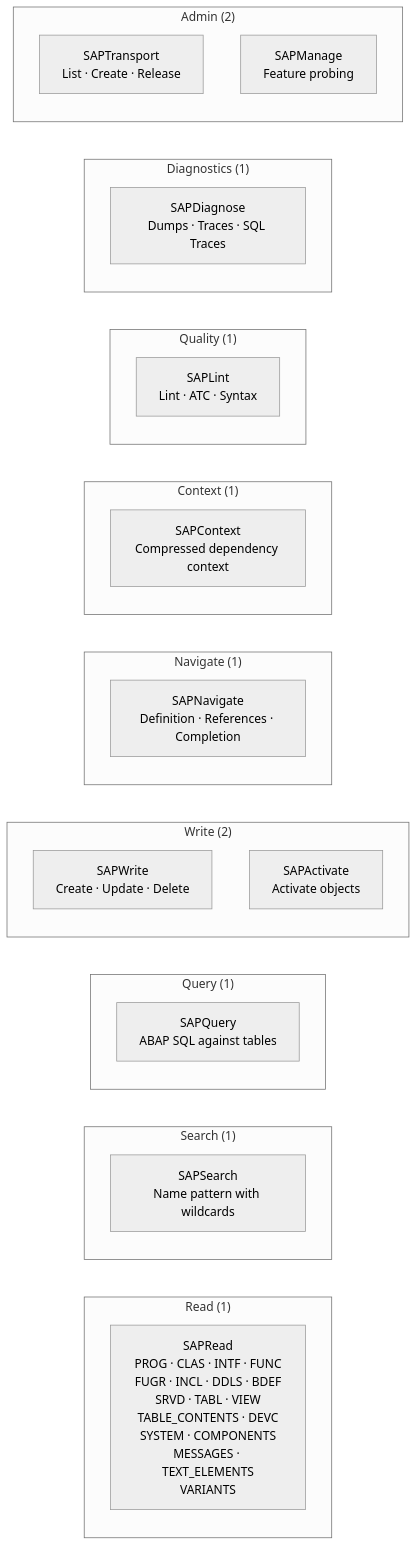
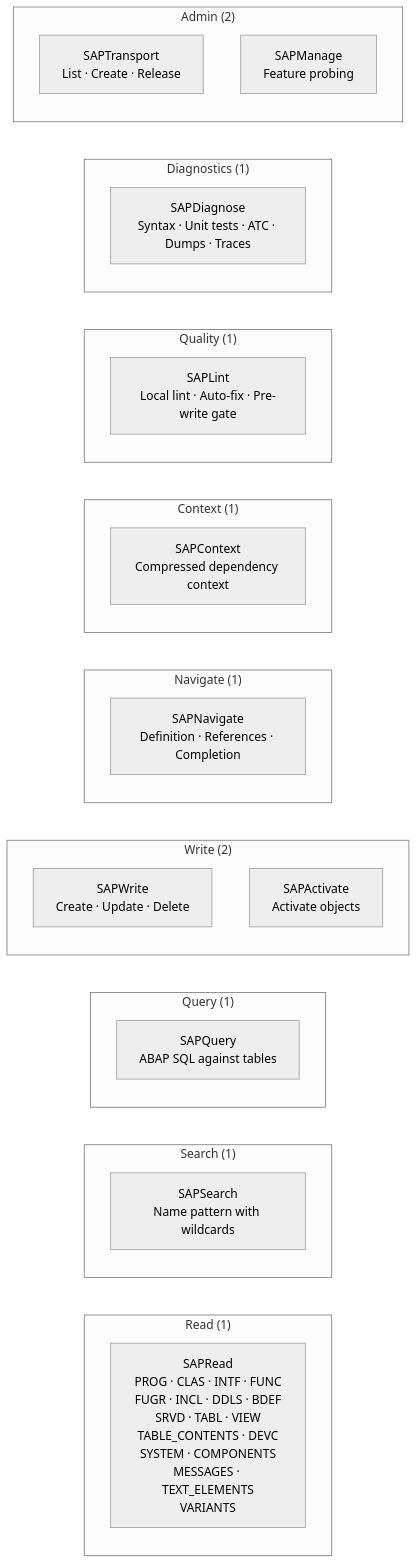
One commit to marianfoo/arc-1 changed the third of 7 diagrams in docs/architecture.md. Above: the diagram before and after it, drawn with Mermaid (neutral theme). The commit also changed 3 other files, not shown here.

````diff
--- a/docs/architecture.md
+++ b/docs/architecture.md
@@ -107,40 +107,40 @@
 ```mermaid
 flowchart LR
     subgraph ReadTools["Read (1)"]
         SR[SAPRead<br/>PROG · CLAS · INTF · FUNC<br/>FUGR · INCL · DDLS · BDEF<br/>SRVD · TABL · VIEW<br/>TABLE_CONTENTS · DEVC<br/>SYSTEM · COMPONENTS<br/>MESSAGES · TEXT_ELEMENTS<br/>VARIANTS]
     end
 
     subgraph SearchTools["Search (1)"]
         SS[SAPSearch<br/>Name pattern with wildcards]
     end
 
     subgraph QueryTools["Query (1)"]
         SQ[SAPQuery<br/>ABAP SQL against tables]
     end
 
     subgraph WriteTools["Write (2)"]
         SW[SAPWrite<br/>Create · Update · Delete]
         SA[SAPActivate<br/>Activate objects]
     end
 
     subgraph NavTools["Navigate (1)"]
         SN[SAPNavigate<br/>Definition · References · Completion]
     end
 
     subgraph ContextTools["Context (1)"]
         SC[SAPContext<br/>Compressed dependency context]
     end
 
     subgraph QualityTools["Quality (1)"]
-        SL[SAPLint<br/>Lint · ATC · Syntax]
+        SL[SAPLint<br/>Local lint · Auto-fix · Pre-write gate]
     end
 
     subgraph DiagTools["Diagnostics (1)"]
-        SD[SAPDiagnose<br/>Dumps · Traces · SQL Traces]
+        SD[SAPDiagnose<br/>Syntax · Unit tests · ATC · Dumps · Traces]
     end
 
     subgraph AdminTools["Admin (2)"]
         ST[SAPTransport<br/>List · Create · Release]
         SM[SAPManage<br/>Feature probing]
     end
 ```
````
